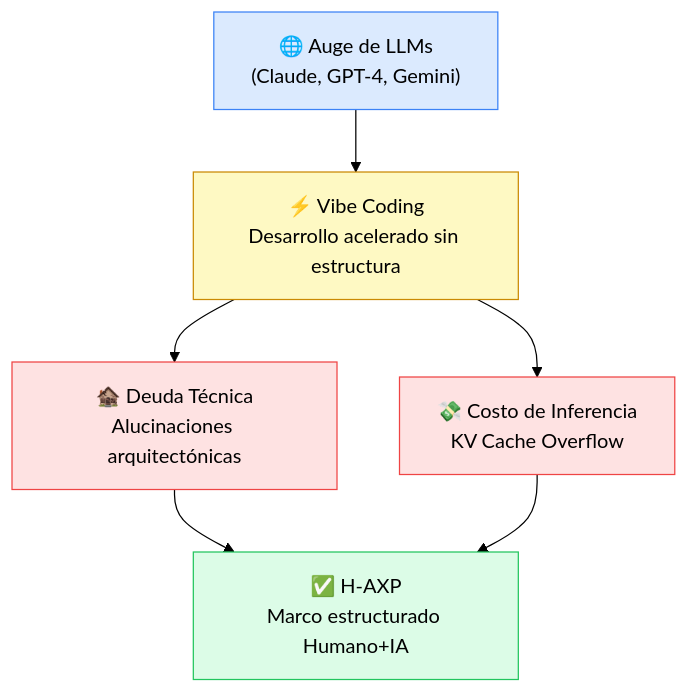
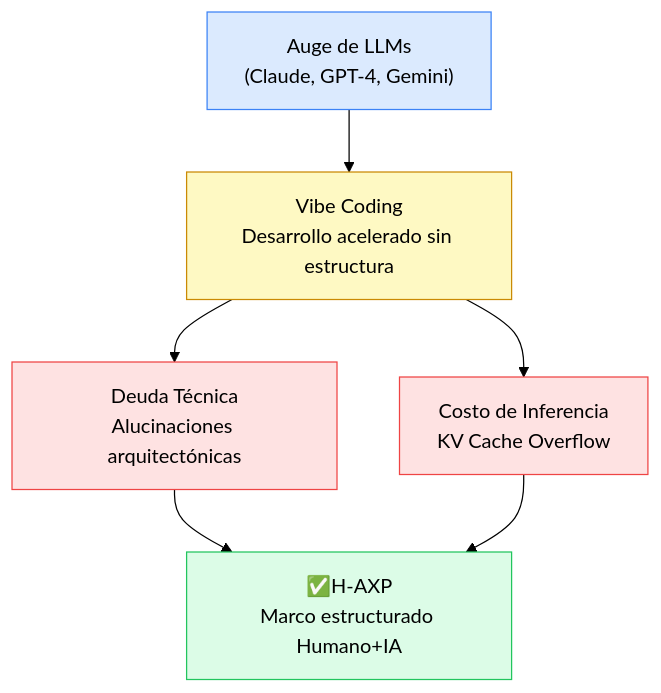
One commit to brunoguzman-dev/H-AXP changed the diagram in docs/01-introduccion.md. Above: the diagram before and after it, drawn with Mermaid (forest theme). The commit also changed other lines of this file and 9 other files, not shown here.

````diff
--- a/docs/01-introduccion.md
+++ b/docs/01-introduccion.md
@@ -27,19 +27,19 @@
 ```mermaid
 graph TD
-    A["🌐 Auge de LLMs\n(Claude, GPT-4, Gemini)"]
-    B["⚡ Vibe Coding\nDesarrollo acelerado sin estructura"]
-    C["🏚️ Deuda Técnica\nAlucinaciones arquitectónicas"]
-    D["💸 Costo de Inferencia\nKV Cache Overflow"]
-    E["✅ H-AXP\nMarco estructurado Humano+IA"]
+    A["Auge de LLMs\n(Claude, GPT-4, Gemini)"]
+    B["Vibe Coding\nDesarrollo acelerado sin estructura"]
+    C["Deuda Técnica\nAlucinaciones arquitectónicas"]
+    D["Costo de Inferencia\nKV Cache Overflow"]
+    E["✅H-AXP\nMarco estructurado Humano+IA"]
 
     A --> B
     B --> C
     B --> D
     C & D --> E
 
     style A fill:#dbeafe,stroke:#3b82f6
     style B fill:#fef9c3,stroke:#ca8a04
     style C fill:#fee2e2,stroke:#ef4444
     style D fill:#fee2e2,stroke:#ef4444
     style E fill:#dcfce7,stroke:#22c55e
 ```
````
